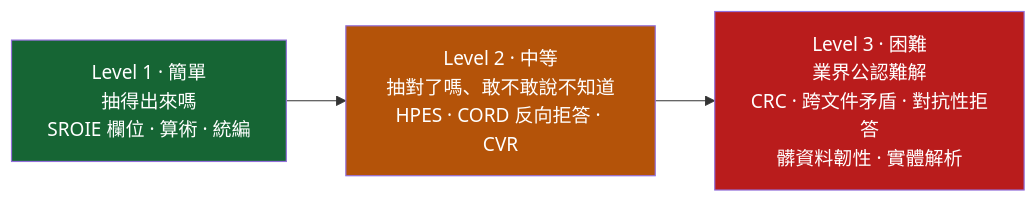
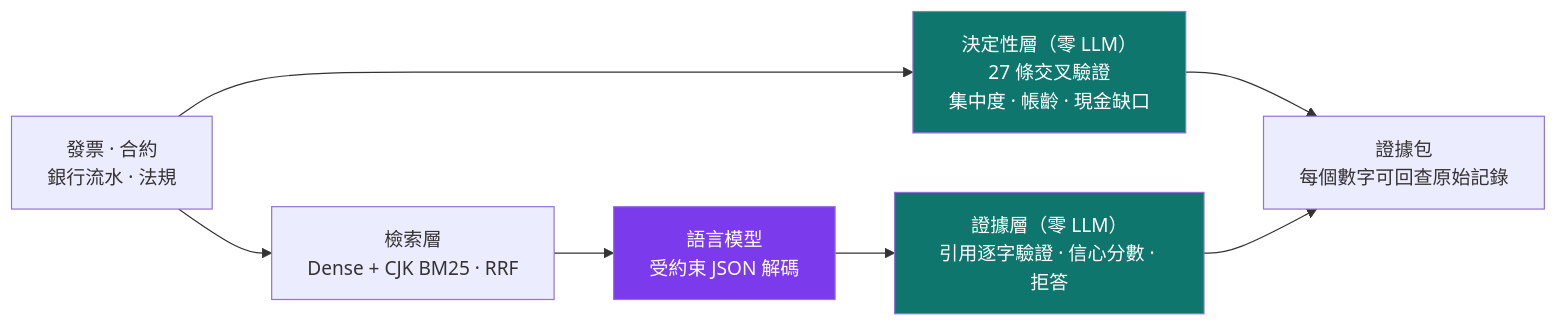
Before and after one commit to wajason/flowmind-ai: the diagram in README.md, drawn with Mermaid. The commit also changed other lines of this file and 178 other files, not shown here.

````diff
--- a/README.md
+++ b/README.md
@@ -594,7 +40,12 @@
 ```mermaid
 flowchart LR
-    L1["Level 1 · 簡單<br/>抽得出來嗎<br/>SROIE 欄位 · 算術 · 統編"] --> L2["Level 2 · 中等<br/>抽對了嗎、敢不敢說不知道<br/>HPES · CORD 反向拒答 · CVR"] --> L3["Level 3 · 困難<br/>業界公認難解<br/>CRC · 跨文件矛盾 · 對抗性拒答<br/>髒資料韌性 · 實體解析"]
-    style L1 fill:#166534,color:#fff
-    style L2 fill:#b45309,color:#fff
-    style L3 fill:#b91c1c,color:#fff
+    IN["發票 · 合約<br/>銀行流水 · 法規"] --> DET["決定性層（零 LLM）<br/>27 條交叉驗證<br/>集中度 · 帳齡 · 現金缺口"]
+    IN --> RET["檢索層<br/>Dense + CJK BM25 · RRF"]
+    RET --> LLM["語言模型<br/>受約束 JSON 解碼"]
+    LLM --> EV["證據層（零 LLM）<br/>引用逐字驗證 · 信心分數 · 拒答"]
+    DET --> OUT["證據包<br/>每個數字可回查原始記錄"]
+    EV --> OUT
+    style DET fill:#0f766e,color:#fff
+    style EV fill:#0f766e,color:#fff
+    style LLM fill:#7c3aed,color:#fff
 ```
````
